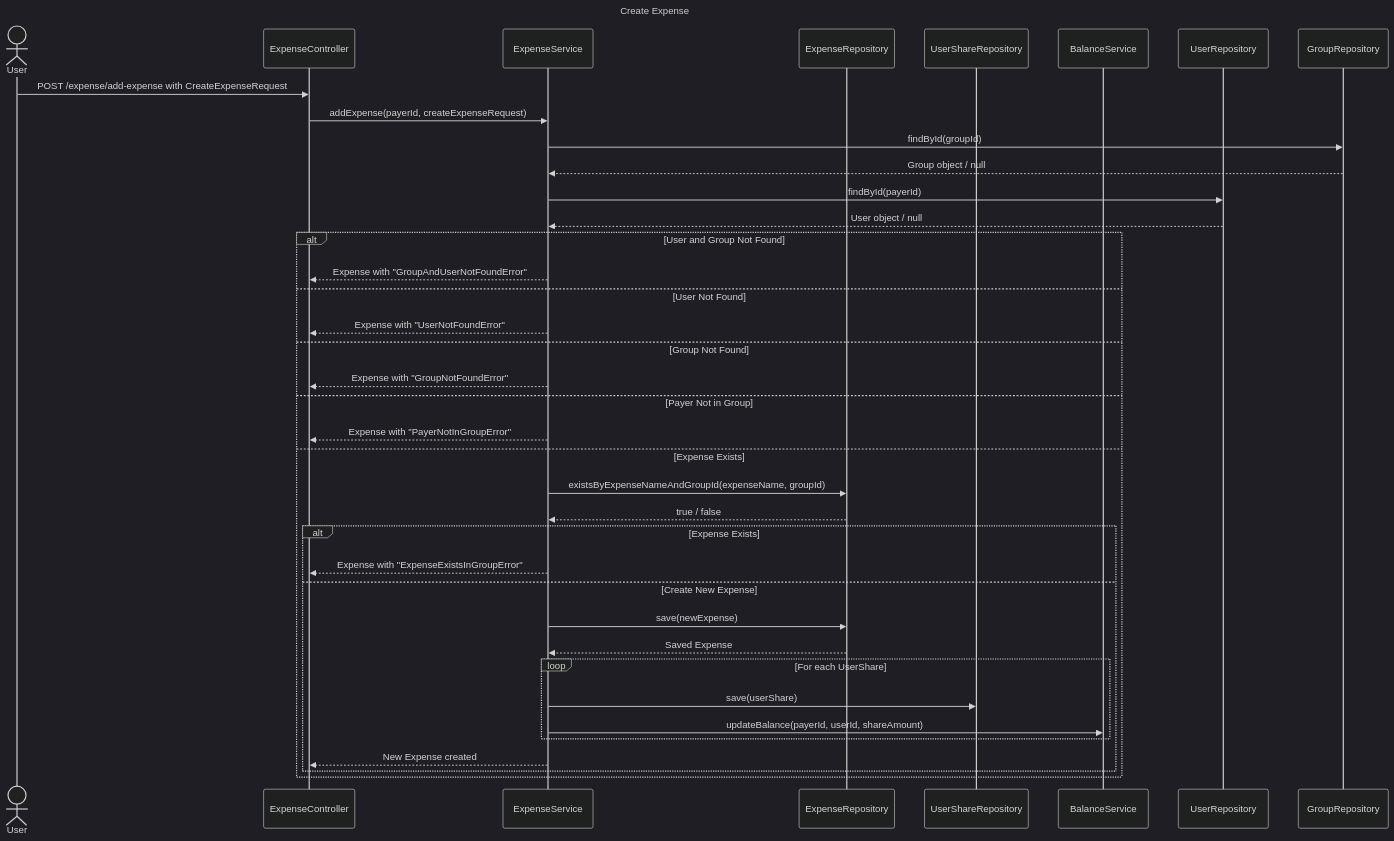
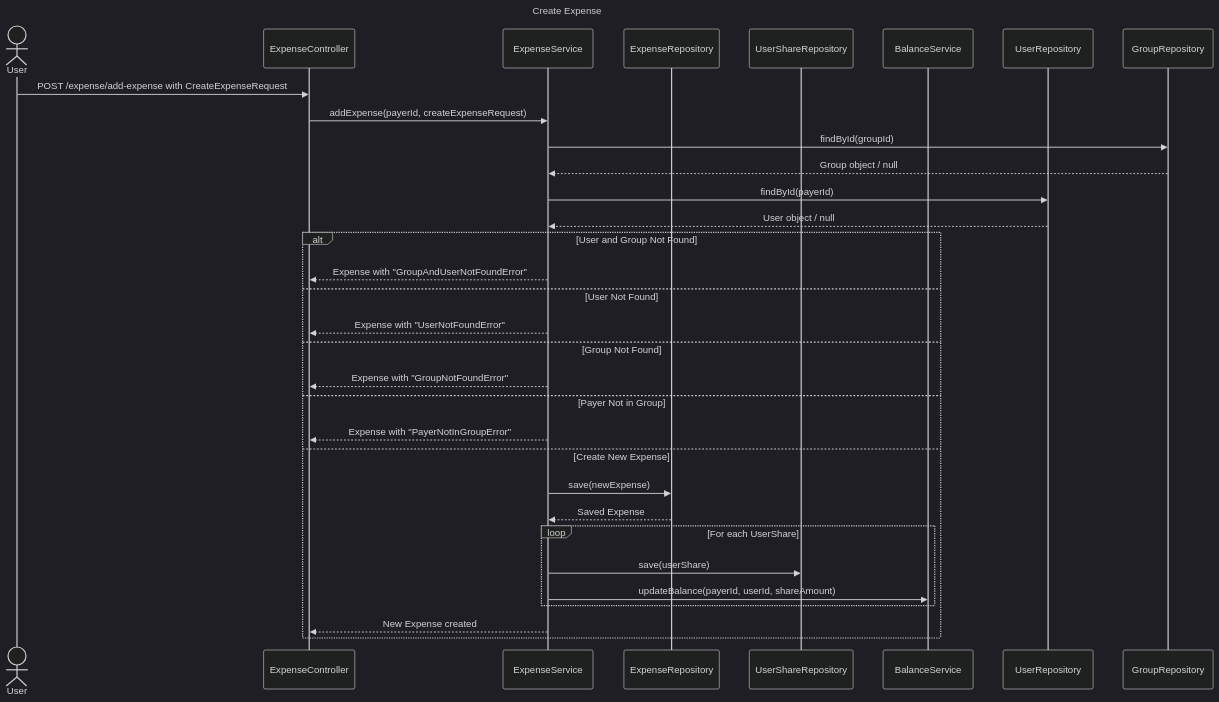
The diagram in ArchitectureDiagrams/SequenceDiagrams/CreateExpense.mmd (UniOfGreenwich/elee1149-coursework--team-chlk), drawn with Mermaid (dark theme) before and after one commit. The commit also changed 1 other file, not shown here.

Commit message:
Modified create group and expense sequence diagrams

```diff
--- a/ArchitectureDiagrams/SequenceDiagrams/CreateExpense.mmd
+++ b/ArchitectureDiagrams/SequenceDiagrams/CreateExpense.mmd
@@ -1,42 +1,36 @@
 
 sequenceDiagram
     title Create Expense
     actor User
     participant ExpenseController
     participant ExpenseService
     participant ExpenseRepository
     participant UserShareRepository
     participant BalanceService
     participant UserRepository
     participant GroupRepository
 
     User->>ExpenseController: POST /expense/add-expense with CreateExpenseRequest
     ExpenseController->>ExpenseService: addExpense(payerId, createExpenseRequest)
     ExpenseService->>GroupRepository: findById(groupId)
     GroupRepository-->>ExpenseService: Group object / null
     ExpenseService->>UserRepository: findById(payerId)
     UserRepository-->>ExpenseService: User object / null
 
     alt User and Group Not Found
         ExpenseService-->>ExpenseController: Expense with "GroupAndUserNotFoundError"
     else User Not Found
         ExpenseService-->>ExpenseController: Expense with "UserNotFoundError"
     else Group Not Found
         ExpenseService-->>ExpenseController: Expense with "GroupNotFoundError"
     else Payer Not in Group
         ExpenseService-->>ExpenseController: Expense with "PayerNotInGroupError"
-    else Expense Exists
-        ExpenseService->>ExpenseRepository: existsByExpenseNameAndGroupId(expenseName, groupId)
-        ExpenseRepository-->>ExpenseService: true / false
-        alt Expense Exists
-            ExpenseService-->>ExpenseController: Expense with "ExpenseExistsInGroupError"
         else Create New Expense
             ExpenseService->>ExpenseRepository: save(newExpense)
             ExpenseRepository-->>ExpenseService: Saved Expense
             loop For each UserShare
                 ExpenseService->>UserShareRepository: save(userShare)
                 ExpenseService->>BalanceService: updateBalance(payerId, userId, shareAmount)
             end
             ExpenseService-->>ExpenseController: New Expense created
         end
-    end
```
